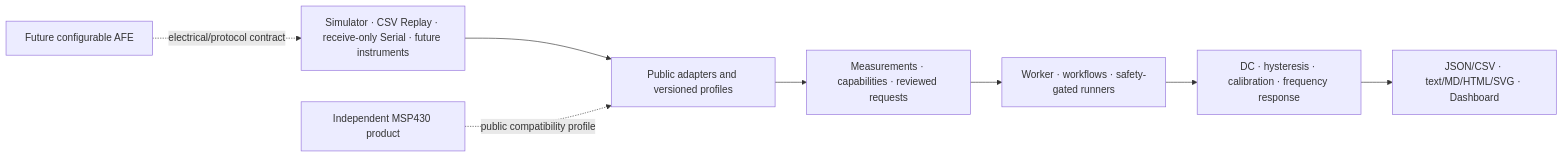
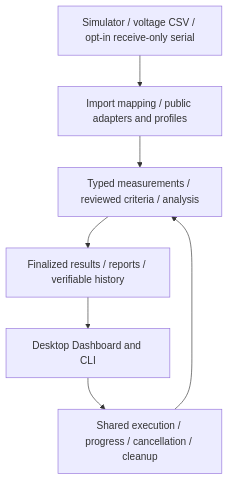
The diagram in README.md (Carlos-0798/mixed-signal-afe-validation-platform), drawn with Mermaid before and after one commit. The commit also changed other lines of this file and 4 other files, not shown here.

```diff
--- a/README.md
+++ b/README.md
@@ -221,13 +124,14 @@
 ~~~mermaid
-flowchart LR
-    Sources["Simulator · CSV Replay · receive-only Serial · future instruments"]
-    Adapters["Public adapters and versioned profiles"]
-    Core["Measurements · capabilities · reviewed requests"]
-    Execution["Worker · workflows · safety-gated runners"]
-    Analysis["DC · hysteresis · calibration · frequency response"]
-    Evidence["JSON/CSV · text/MD/HTML/SVG · Dashboard"]
-
-    Sources --> Adapters --> Core --> Execution --> Analysis --> Evidence
-    AFE["Future configurable AFE"] -. electrical/protocol contract .-> Sources
-    MSP["Independent MSP430 product"] -. public compatibility profile .-> Adapters
+flowchart TD
+    Inputs["Simulator / voltage CSV / opt-in receive-only serial"]
+    Adapters["Import mapping / public adapters and profiles"]
+    Core["Typed measurements / reviewed criteria / analysis"]
+    Worker["Shared execution / progress / cancellation / cleanup"]
+    UI["Desktop Dashboard and CLI"]
+    Results["Finalized results / reports / verifiable history"]
+    Inputs --> Adapters --> Core
+    UI --> Worker
+    Worker --> Core
+    Core --> Results
+    Results --> UI
 ~~~
```
